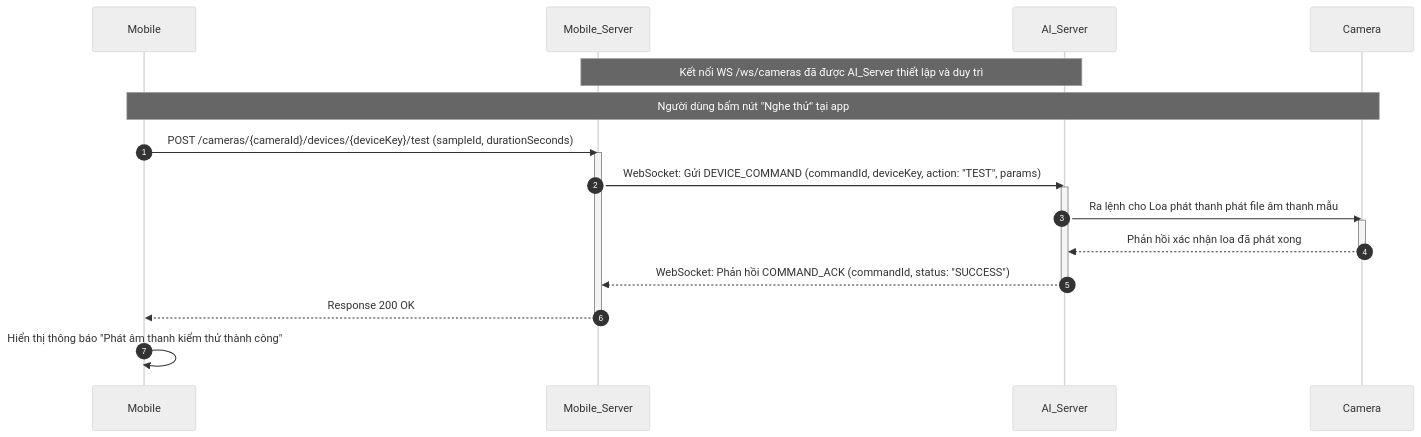
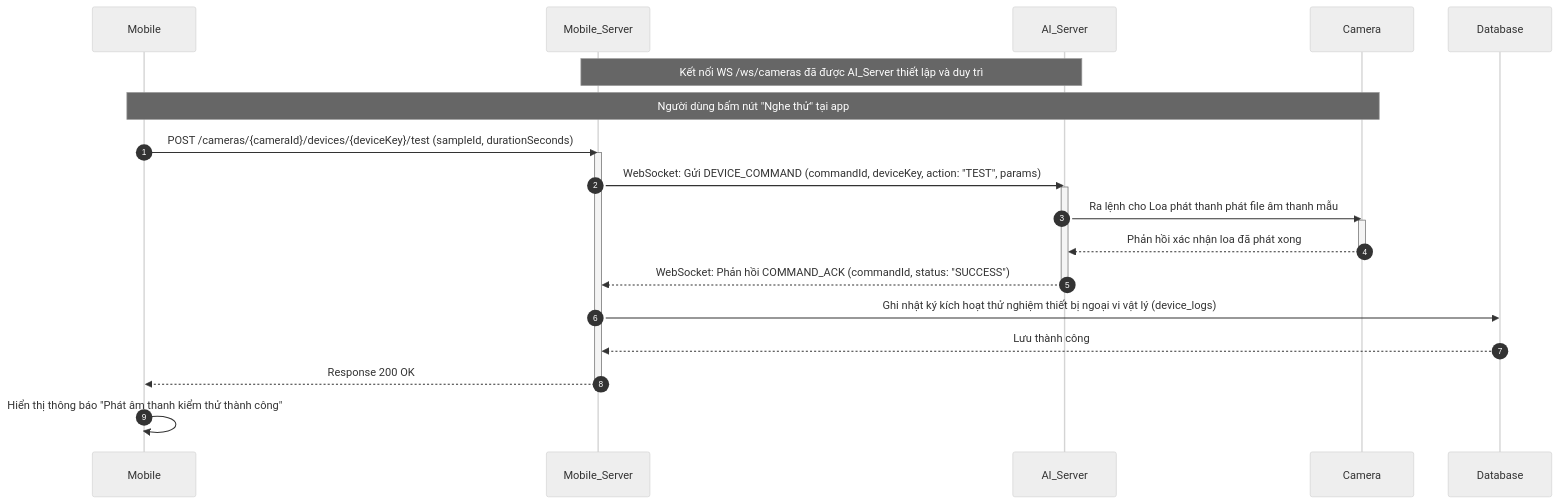
Diagram 16 of 19 in docs/04-sequence-diagram.md (trungnguyenthien/Wildlife-Warning-and-Deterrence-System), drawn with Mermaid (neutral theme) before and after one commit. The commit also changed other lines of this file and 1 other file, not shown here.

Commit message:
docs: update sequence diagram and database schema documentation

````diff
--- a/docs/04-sequence-diagram.md
+++ b/docs/04-sequence-diagram.md
@@ -500,24 +500,27 @@
 ```mermaid
 sequenceDiagram
     autonumber
     participant Mobile as Mobile
     participant Mobile_Server as Mobile_Server
     participant AI_Server as AI_Server
     participant Camera as Camera
+    participant Database as Database
 
     Note over AI_Server, Mobile_Server: Kết nối WS /ws/cameras đã được AI_Server thiết lập và duy trì
     Note over Mobile, Camera: Người dùng bấm nút "Nghe thử" tại app
     Mobile->>Mobile_Server: POST /cameras/{cameraId}/devices/{deviceKey}/test (sampleId, durationSeconds)
     activate Mobile_Server
     Mobile_Server->>AI_Server: WebSocket: Gửi DEVICE_COMMAND (commandId, deviceKey, action: "TEST", params)
     activate AI_Server
     AI_Server->>Camera: Ra lệnh cho Loa phát thanh phát file âm thanh mẫu
     activate Camera
     Camera-->>AI_Server: Phản hồi xác nhận loa đã phát xong
     deactivate Camera
     AI_Server-->>Mobile_Server: WebSocket: Phản hồi COMMAND_ACK (commandId, status: "SUCCESS")
     deactivate AI_Server
+    Mobile_Server->>Database: Ghi nhật ký kích hoạt thử nghiệm thiết bị ngoại vi vật lý (device_logs)
+    Database-->>Mobile_Server: Lưu thành công
     Mobile_Server-->>Mobile: Response 200 OK
     deactivate Mobile_Server
     Mobile->>Mobile: Hiển thị thông báo "Phát âm thanh kiểm thử thành công"
 ```
````
